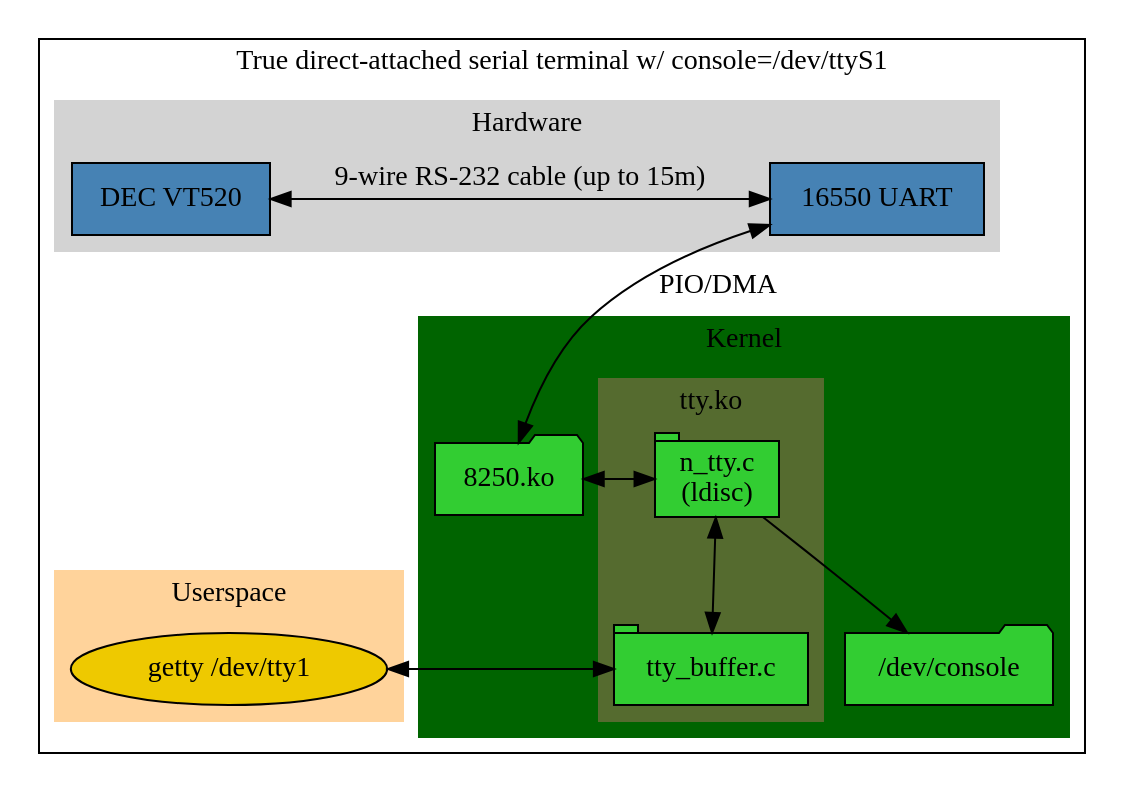
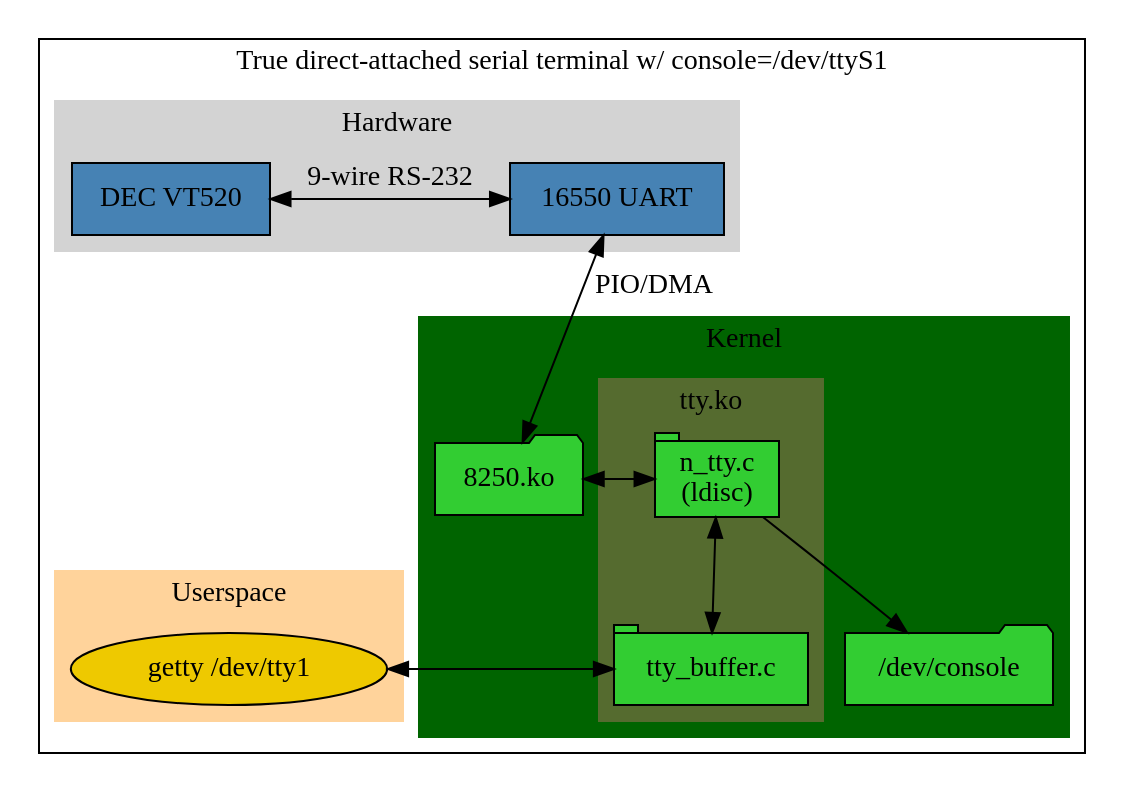
One commit to dirty-south-supercomputing/technicalreports changed the diagram in 004-notcurses/tty-serial.dot. Above: the diagram before and after it, drawn with Graphviz. The commit also changed 4 other files, not shown here.

```diff
--- a/004-notcurses/tty-serial.dot
+++ b/004-notcurses/tty-serial.dot
@@ -1,44 +1,44 @@
 digraph G {
   newrank=true;
   subgraph cluster_Serialconsole {
     label="True direct-attached serial terminal w/ console=/dev/ttyS1";
     subgraph cluster_hardware {
       label="Hardware";
       color=lightgrey;
       style=filled;
-      Terminal->UART [ dir="both" label="9-wire RS-232 cable (up to 15m)" ]
+      Terminal->UART [ dir="both" label="9-wire RS-232" labelloc="b" ]
       Terminal [ shape=box style=filled fillcolor=steelblue label="DEC VT520" ]
       UART [ shape=box style=filled fillcolor=steelblue label="16550 UART" ]
       { rank=same; Terminal UART } 
     }
     subgraph cluster_kernel {
       label="Kernel";
       color=darkgreen;
       style=filled;
       subgraph cluster_tty {
         ldisc [ shape=tab style=filled fillcolor=limegreen label="n_tty.c\n(ldisc)" ]
         ttyio [ shape=tab style=filled fillcolor=limegreen label="tty_buffer.c" ]
         label="tty.ko";
         color=darkolivegreen;
         style=filled;
         shape=folder;
         ldisc->ttyio [dir="both"];  
       }
       Serial [ shape=folder style=filled fillcolor=limegreen label="8250.ko" ] 
       Serial->ldisc [dir="both"];
       console [shape=folder style=filled fillcolor=limegreen label="/dev/console" ]
       ldisc->console
       { rank=same; ldisc Serial }
       { rank=same; ttyio console }
     }
     UART->Serial [dir="both" label="PIO/DMA" ]
     subgraph cluster_userspace {
       getty [ shape=ellipse style=filled fillcolor=gold2 label="getty /dev/tty1" ]
       label="Userspace";
       color=burlywood1;
       style=filled;
     }
     ttyio->getty [ dir="both" ]
   }
   {rank=same; getty ttyio console}
 }
```
